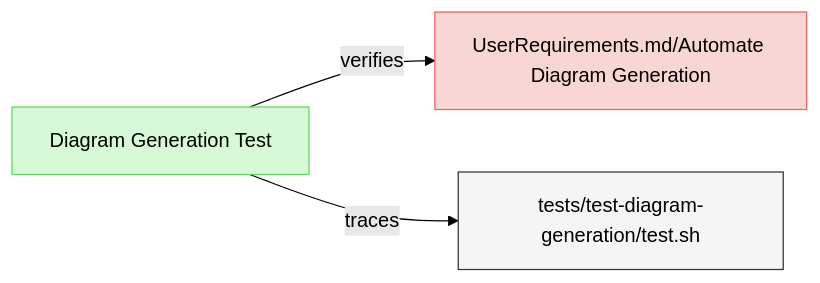
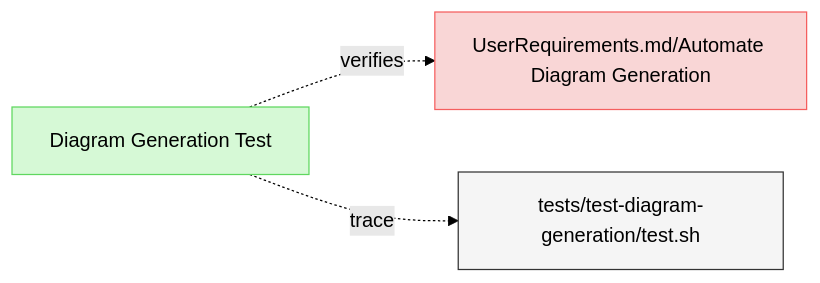
The diagram in specifications/Verifications/DiagramsTests.md (reqvire-org/reqvire), drawn with Mermaid (forest theme) before and after one commit. The commit also changed 65 other files, not shown here.

Commit message:
Diagram generation bug fix: there were opposite relations included.

````diff
--- a/specifications/Verifications/DiagramsTests.md
+++ b/specifications/Verifications/DiagramsTests.md
@@ -6,20 +6,20 @@
 ```mermaid
 graph LR;
   %% Graph styling
   classDef requirement fill:#f9d6d6,stroke:#f55f5f,stroke-width:1px;
   classDef verification fill:#d6f9d6,stroke:#5fd75f,stroke-width:1px;
   classDef externalLink fill:#d0e0ff,stroke:#3080ff,stroke-width:1px;
   classDef default fill:#f5f5f5,stroke:#333333,stroke-width:1px;
 
-  b95c73d7b3["Diagram Generation Test"];
-  click b95c73d7b3 "DiagramsTests.md#diagram-generation-test";
-  class b95c73d7b3 verification;
-  81f9235ded["UserRequirements.md/Automate Diagram Generation"];
-  class 81f9235ded requirement;
-  click 81f9235ded "../UserRequirements.md#automate-diagram-generation";
-  b95c73d7b3 -->|verifies| 81f9235ded;
-  2dd8375bf8["tests/test-diagram-generation/test.sh"];
-  class 2dd8375bf8 default;
-  click 2dd8375bf8 "../../tests/test-diagram-generation/test.sh";
-  b95c73d7b3 -->|traces| 2dd8375bf8;
+  b95c73d7b3c5e7ac["Diagram Generation Test"];
+  click b95c73d7b3c5e7ac "DiagramsTests.md#diagram-generation-test";
+  class b95c73d7b3c5e7ac verification;
+  81f9235dedaea6a9["UserRequirements.md/Automate Diagram Generation"];
+  class 81f9235dedaea6a9 requirement;
+  click 81f9235dedaea6a9 "../UserRequirements.md#automate-diagram-generation";
+  b95c73d7b3c5e7ac -.->|verifies| 81f9235dedaea6a9;
+  2dd8375bf8ece1f6["tests/test-diagram-generation/test.sh"];
+  class 2dd8375bf8ece1f6 default;
+  click 2dd8375bf8ece1f6 "../../tests/test-diagram-generation/test.sh";
+  b95c73d7b3c5e7ac -.->|trace| 2dd8375bf8ece1f6;
 ```
````
